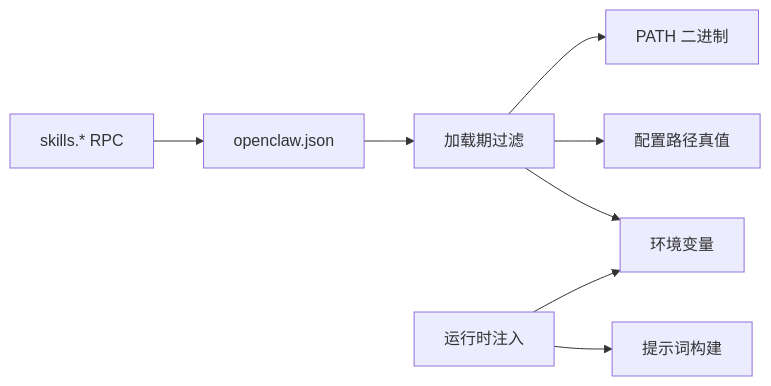
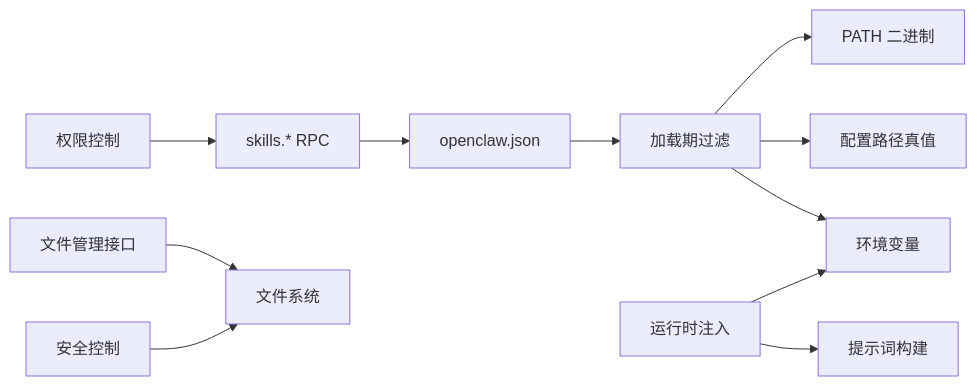
Before and after one commit to verse-ai-org/openclaw: the fourth of 4 diagrams in .qoder/repowiki/zh/content/技能平台/技能平台.md, drawn with Mermaid. The commit also changed other lines of this file and 41 other files, not shown here.

````diff
--- a/.qoder/repowiki/zh/content/技能平台/技能平台.md
+++ b/.qoder/repowiki/zh/content/技能平台/技能平台.md
@@ -207,10 +274,13 @@
 ```mermaid
 graph LR
 CFG["openclaw.json"] --> LOAD["加载期过滤"]
 LOAD --> BIN["PATH 二进制"]
 LOAD --> CONF["配置路径真值"]
 LOAD --> ENV["环境变量"]
 RUNTIME["运行时注入"] --> ENV
 RUNTIME --> PROMPT["提示词构建"]
 RPC["skills.* RPC"] --> CFG
+FILEMGR["文件管理接口"] --> FS["文件系统"]
+SECURITY["安全控制"] --> FS
+AUTH["权限控制"] --> RPC
 ```
````
